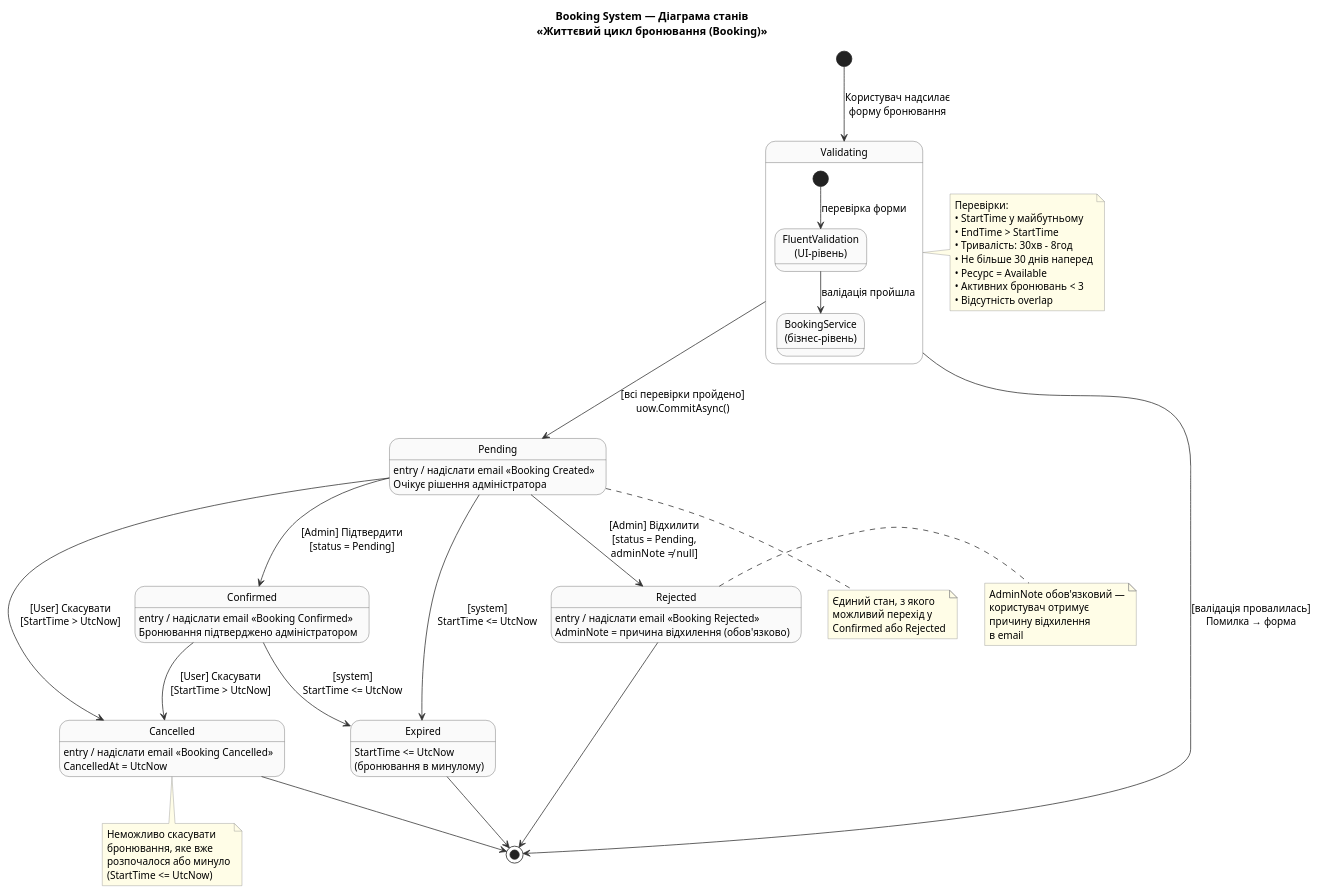
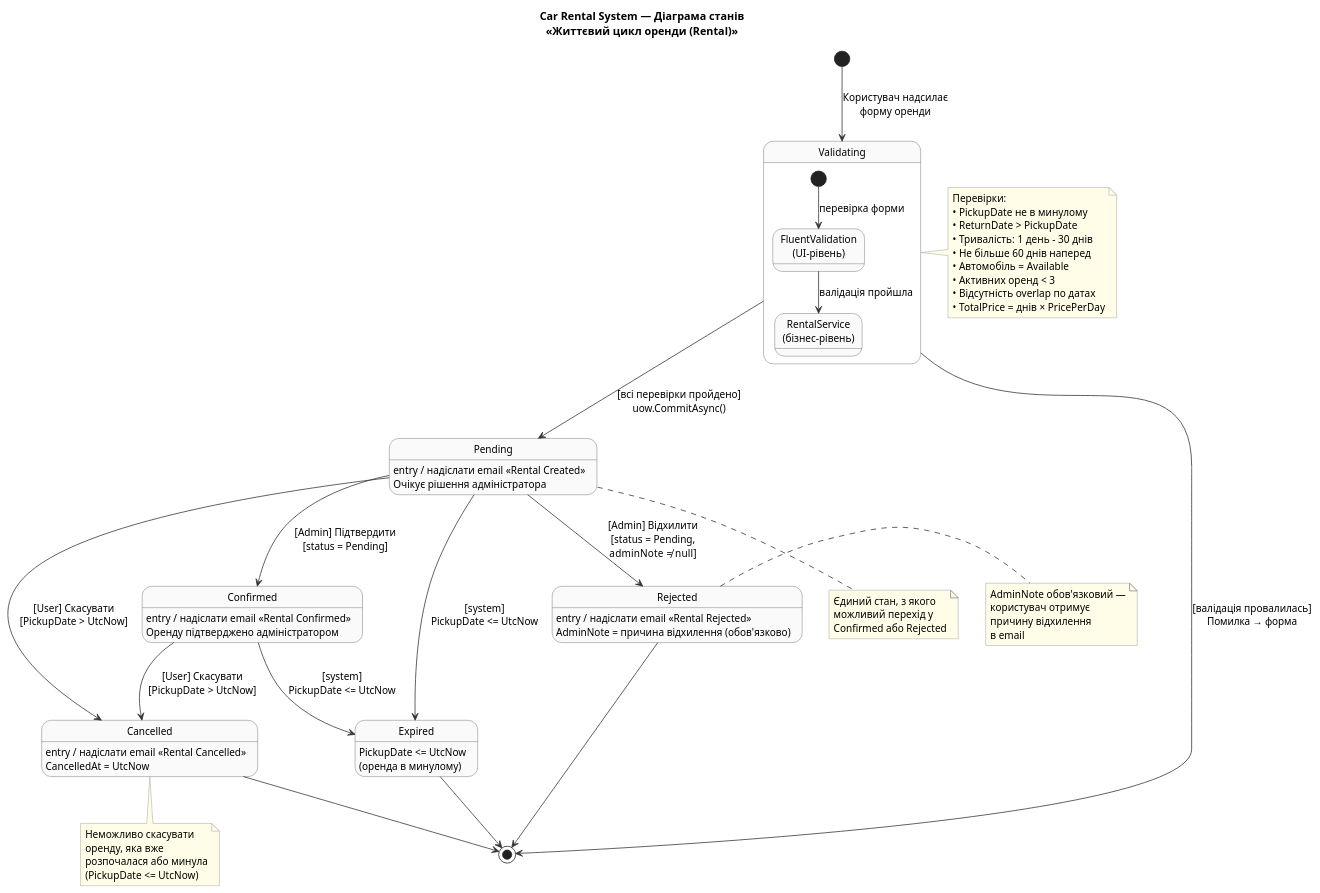
Before and after one commit to EvelinaIvashchuk/BookingSystem: the diagram in docs/StateDiagram_Booking.puml, drawn with PlantUML. The commit also changed 9 other files, not shown here.

```diff
--- a/docs/StateDiagram_Booking.puml
+++ b/docs/StateDiagram_Booking.puml
@@ -1,126 +1,127 @@
-@startuml BookingSystem_StateDiagram
+@startuml CarRentalSystem_StateDiagram
 skinparam stateFontSize 13
 skinparam stateBorderColor #555
 skinparam stateArrowColor #333
 skinparam stateBackgroundColor #FAFAFA
 skinparam shadowing false
 skinparam noteBackgroundColor #FFFDE7
 skinparam noteBorderColor #888
 
-title Booking System — Діаграма станів\n«Життєвий цикл бронювання (Booking)»
+title Car Rental System — Діаграма станів\n«Життєвий цикл оренди (Rental)»
 
 ' ══════════════════════════════════════════════════════════════════
 ' ПОЧАТКОВИЙ СТАН
 ' ══════════════════════════════════════════════════════════════════
 
-[*] --> Validating : Користувач надсилає\nформу бронювання
+[*] --> Validating : Користувач надсилає\nформу оренди
 
 ' ══════════════════════════════════════════════════════════════════
 ' СТАН: Validating (проміжний — не зберігається в БД)
 ' ══════════════════════════════════════════════════════════════════
 
 state Validating {
     state "FluentValidation\n(UI-рівень)" as FV
-    state "BookingService\n(бізнес-рівень)" as BS
+    state "RentalService\n(бізнес-рівень)" as RS
 
     [*] --> FV : перевірка форми
-    FV --> BS  : валідація пройшла
+    FV --> RS  : валідація пройшла
 }
 
 note right of Validating
   Перевірки:
-  • StartTime у майбутньому
-  • EndTime > StartTime
-  • Тривалість: 30хв – 8год
-  • Не більше 30 днів наперед
-  • Ресурс = Available
-  • Активних бронювань < 3
-  • Відсутність overlap
+  • PickupDate не в минулому
+  • ReturnDate > PickupDate
+  • Тривалість: 1 день – 30 днів
+  • Не більше 60 днів наперед
+  • Автомобіль = Available
+  • Активних оренд < 3
+  • Відсутність overlap по датах
+  • TotalPrice = днів × PricePerDay
 end note
 
 ' ══════════════════════════════════════════════════════════════════
 ' ПЕРЕХОДИ З Validating
 ' ══════════════════════════════════════════════════════════════════
 
 Validating --> [*]          : [валідація провалилась]\nПомилка → форма
 Validating --> Pending      : [всі перевірки пройдено]\nuow.CommitAsync()
 
 ' ══════════════════════════════════════════════════════════════════
-' ОСНОВНІ СТАНИ (зберігаються в БД як BookingStatus)
+' ОСНОВНІ СТАНИ (зберігаються в БД як RentalStatus)
 ' ══════════════════════════════════════════════════════════════════
 
 state Pending {
-    Pending : entry / надіслати email «Booking Created»
+    Pending : entry / надіслати email «Rental Created»
     Pending : Очікує рішення адміністратора
 }
 
 state Confirmed {
-    Confirmed : entry / надіслати email «Booking Confirmed»
-    Confirmed : Бронювання підтверджено адміністратором
+    Confirmed : entry / надіслати email «Rental Confirmed»
+    Confirmed : Оренду підтверджено адміністратором
 }
 
 state Cancelled {
-    Cancelled : entry / надіслати email «Booking Cancelled»
+    Cancelled : entry / надіслати email «Rental Cancelled»
     Cancelled : CancelledAt = UtcNow
 }
 
 state Rejected {
-    Rejected : entry / надіслати email «Booking Rejected»
+    Rejected : entry / надіслати email «Rental Rejected»
     Rejected : AdminNote = причина відхилення (обов'язково)
 }
 
 state Expired {
-    Expired : StartTime <= UtcNow\n(бронювання в минулому)
+    Expired : PickupDate <= UtcNow\n(оренда в минулому)
 }
 
 ' ══════════════════════════════════════════════════════════════════
 ' ПЕРЕХОДИ МІЖ СТАНАМИ
 ' ══════════════════════════════════════════════════════════════════
 
 ' Адміністратор підтверджує
 Pending --> Confirmed   : [Admin] Підтвердити\n[status = Pending]
 
 ' Адміністратор відхиляє
 Pending --> Rejected    : [Admin] Відхилити\n[status = Pending,\nadminNote ≠ null]
 
 ' Користувач скасовує
-Pending    --> Cancelled : [User] Скасувати\n[StartTime > UtcNow]
-Confirmed  --> Cancelled : [User] Скасувати\n[StartTime > UtcNow]
+Pending    --> Cancelled : [User] Скасувати\n[PickupDate > UtcNow]
+Confirmed  --> Cancelled : [User] Скасувати\n[PickupDate > UtcNow]
 
-' Бронювання «спливає» — час вже минув
-Pending   --> Expired    : [system]\nStartTime <= UtcNow
-Confirmed --> Expired    : [system]\nStartTime <= UtcNow
+' Оренда «спливає» — дата початку вже минула
+Pending   --> Expired    : [system]\nPickupDate <= UtcNow
+Confirmed --> Expired    : [system]\nPickupDate <= UtcNow
 
 ' ══════════════════════════════════════════════════════════════════
 ' ФІНАЛЬНІ СТАНИ
 ' ══════════════════════════════════════════════════════════════════
 
 Cancelled --> [*]
 Rejected  --> [*]
 Expired   --> [*]
 
 ' ══════════════════════════════════════════════════════════════════
 ' ПРИМІТКИ
 ' ══════════════════════════════════════════════════════════════════
 
 note bottom of Pending
   Єдиний стан, з якого
   можливий перехід у
   Confirmed або Rejected
 end note
 
 note bottom of Cancelled
   Неможливо скасувати
-  бронювання, яке вже
-  розпочалося або минуло
-  (StartTime <= UtcNow)
+  оренду, яка вже
+  розпочалася або минула
+  (PickupDate <= UtcNow)
 end note
 
 note right of Rejected
   AdminNote обов'язковий —
   користувач отримує
   причину відхилення
   в email
 end note
 
 @enduml
```
